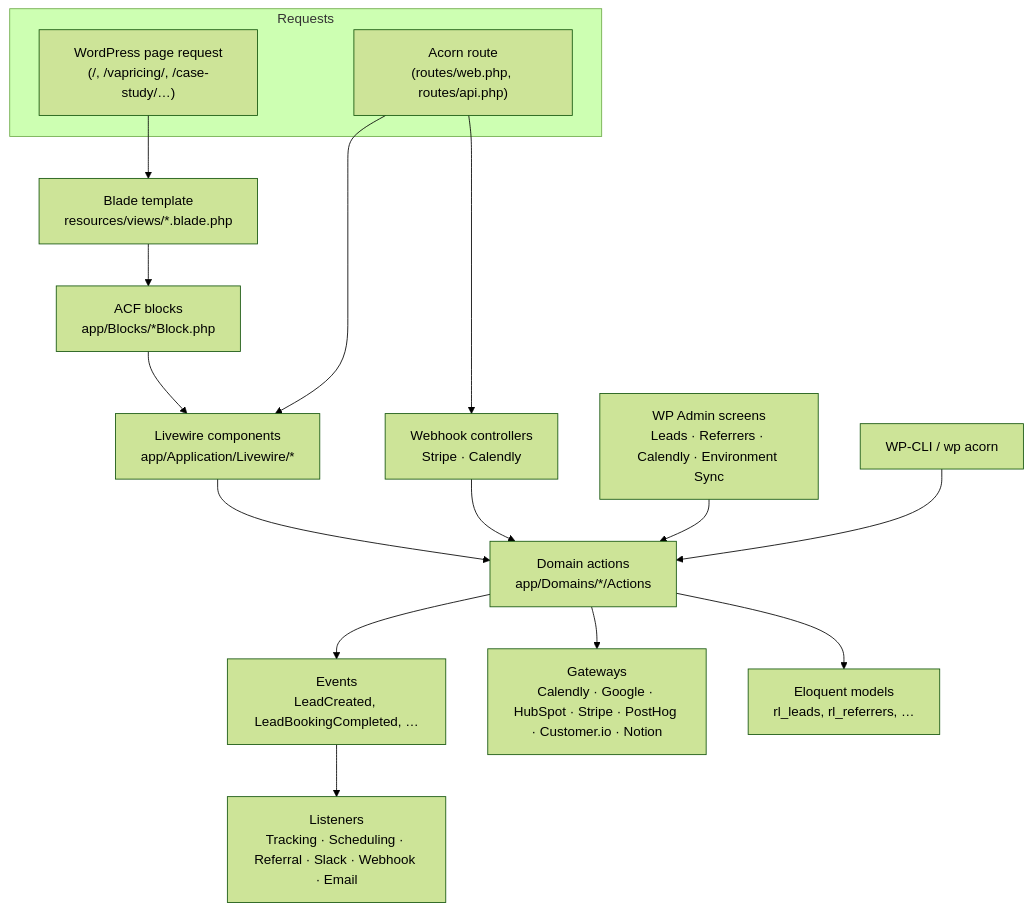
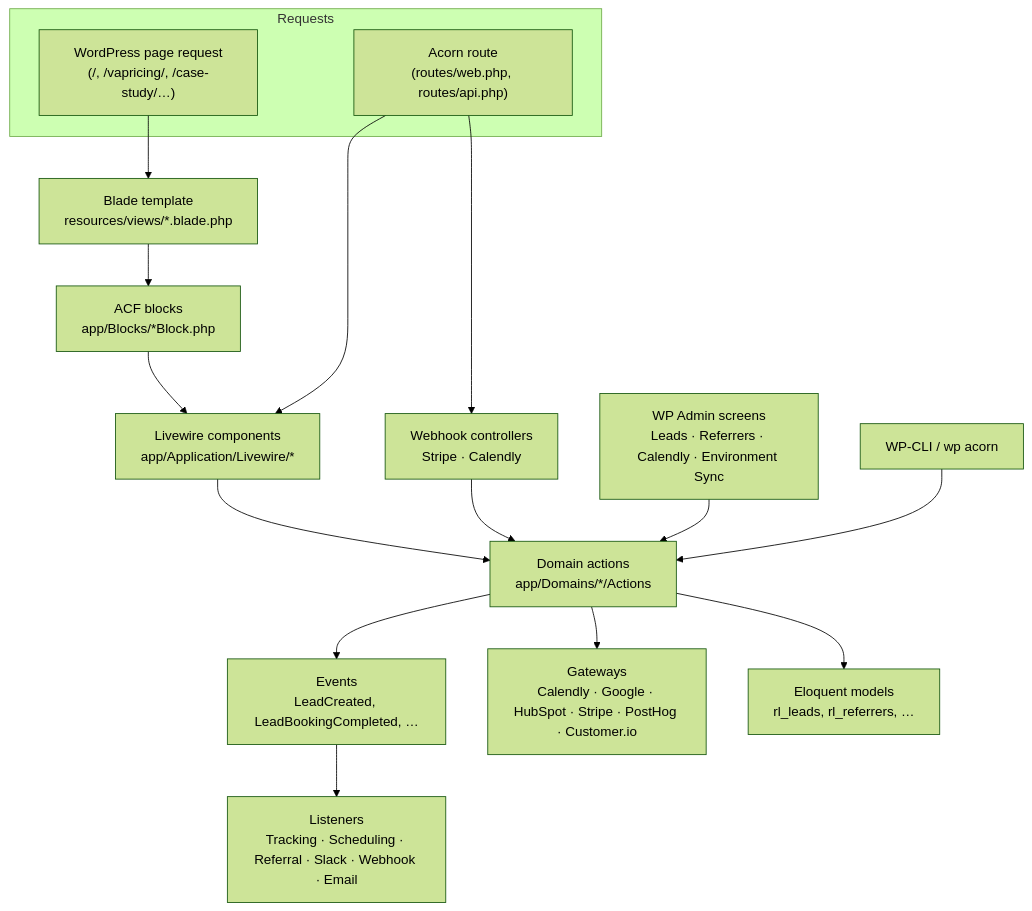
One commit to Remote-Leverage/remote-leverage-website-modernization changed the first of 2 diagrams in README.md. Above: the diagram before and after it, drawn with Mermaid (forest theme). The commit also changed other lines of this file and 9 other files, not shown here.

Commit message:
docs: update migration status, known issues, and architecture documentation

````diff
--- a/README.md
+++ b/README.md
@@ -124,23 +124,23 @@
 ```mermaid
 flowchart TB
     subgraph Requests
         A["WordPress page request<br/>(/, /vapricing/, /case-study/…)"]
         B["Acorn route<br/>(routes/web.php, routes/api.php)"]
     end
 
     A --> C["Blade template<br/>resources/views/*.blade.php"]
     C --> D["ACF blocks<br/>app/Blocks/*Block.php"]
     D --> E["Livewire components<br/>app/Application/Livewire/*"]
     B --> E
     B --> F["Webhook controllers<br/>Stripe · Calendly"]
 
     E --> G["Domain actions<br/>app/Domains/*/Actions"]
     F --> G
     G --> H["Events<br/>LeadCreated, LeadBookingCompleted, …"]
     H --> I["Listeners<br/>Tracking · Scheduling · Referral · Slack · Webhook · Email"]
-    G --> J["Gateways<br/>Calendly · Google · HubSpot · Stripe · PostHog · Customer.io · Notion"]
+    G --> J["Gateways<br/>Calendly · Google · HubSpot · Stripe · PostHog · Customer.io"]
     G --> K["Eloquent models<br/>rl_leads, rl_referrers, …"]
 
     L["WP Admin screens<br/>Leads · Referrers · Calendly · Environment Sync"] --> G
     M["WP-CLI / wp acorn"] --> G
 ```
````
